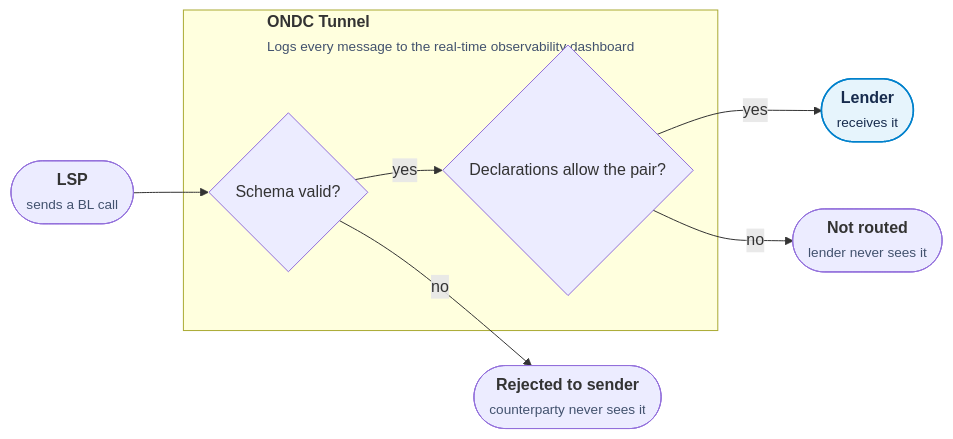
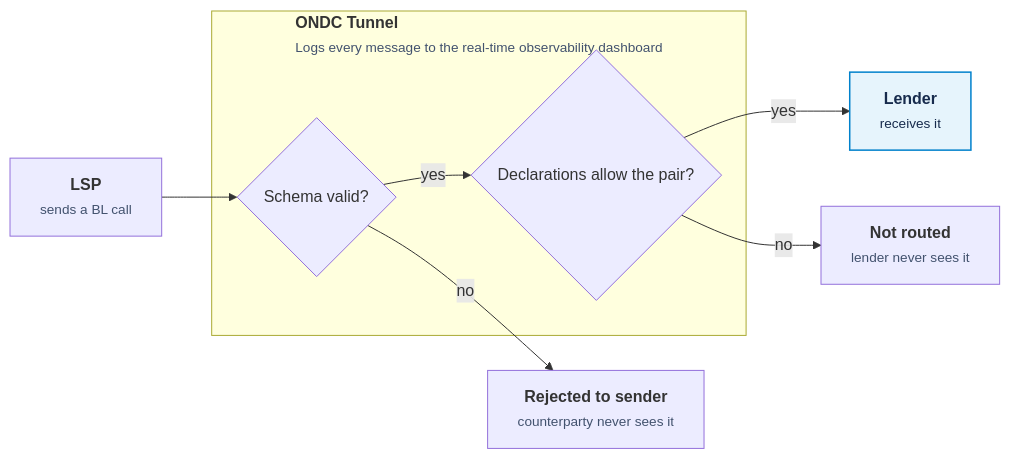
One commit to JyotiSharma0711/automation-specifications changed the diagram in config/docs/overview.md. Above: the diagram before and after it, drawn with Mermaid.

Commit message:
docs: use rectangle nodes for the BL Tunnel diagram's terminal states
Switches LSP/Rejected/Lender/NotRouted from stadium (pill) shape to
plain rectangles, keeping the diamond decision nodes as-is, matching
the intended design.

````diff
--- a/config/docs/overview.md
+++ b/config/docs/overview.md
@@ -33,15 +33,15 @@
 ```mermaid
 flowchart LR
-    LSP(["<b>LSP</b><br/><span style='font-weight:400;font-size:0.85em;color:#42526e'>sends a BL call</span>"]) --> Schema{Schema valid?}
+    LSP["<b>LSP</b><br/><span style='font-weight:400;font-size:0.85em;color:#42526e'>sends a BL call</span>"] --> Schema{Schema valid?}
     subgraph Tunnel["<b>ONDC Tunnel</b><br/><span style='font-weight:400;font-size:0.85em;color:#42526e'>Logs every message to the real-time observability dashboard</span>"]
         Schema
         Decl{Declarations allow the pair?}
     end
     Schema -- yes --> Decl
-    Schema -- no --> Rejected(["<b>Rejected to sender</b><br/><span style='font-weight:400;font-size:0.85em;color:#42526e'>counterparty never sees it</span>"])
-    Decl -- yes --> Lender(["<b>Lender</b><br/><span style='font-weight:400;font-size:0.85em'>receives it</span>"])
-    Decl -- no --> NotRouted(["<b>Not routed</b><br/><span style='font-weight:400;font-size:0.85em;color:#42526e'>lender never sees it</span>"])
+    Schema -- no --> Rejected["<b>Rejected to sender</b><br/><span style='font-weight:400;font-size:0.85em;color:#42526e'>counterparty never sees it</span>"]
+    Decl -- yes --> Lender["<b>Lender</b><br/><span style='font-weight:400;font-size:0.85em'>receives it</span>"]
+    Decl -- no --> NotRouted["<b>Not routed</b><br/><span style='font-weight:400;font-size:0.85em;color:#42526e'>lender never sees it</span>"]
 
     classDef success fill:#e6f4fc,stroke:#0081cc,stroke-width:1.5px,color:#172b4d
     class Lender success
 ```
````
